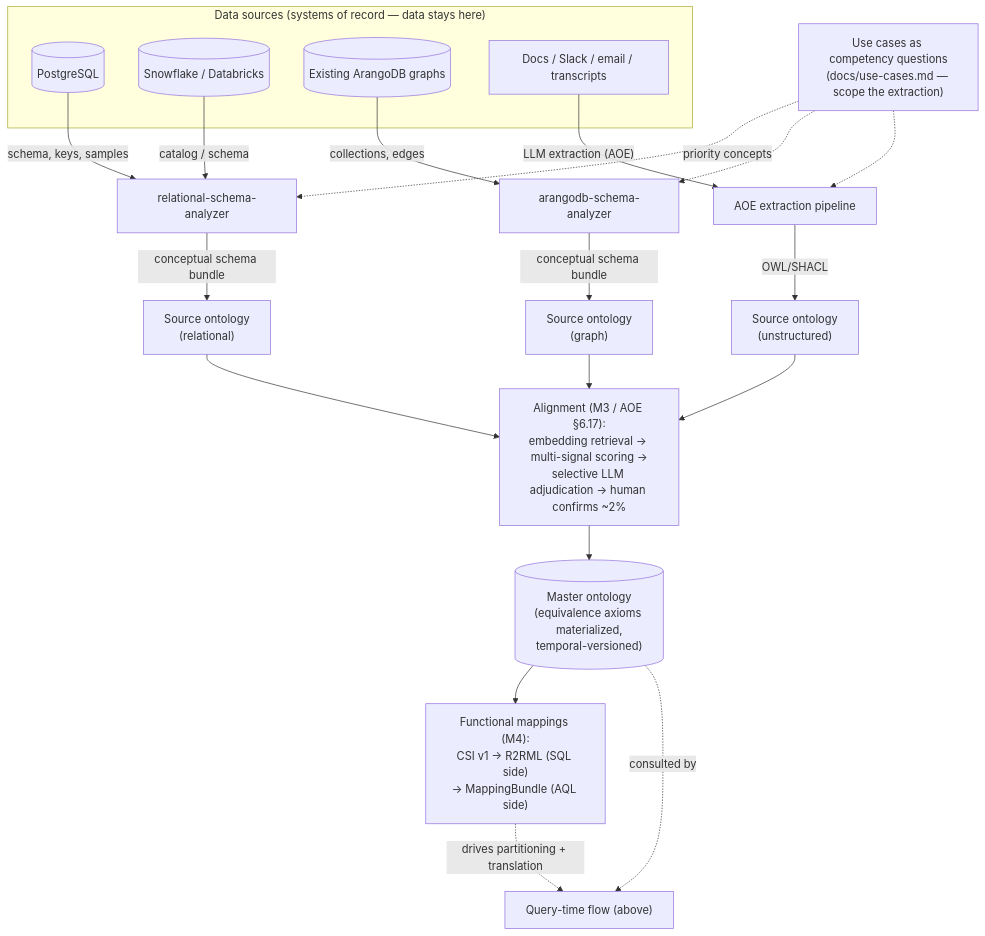
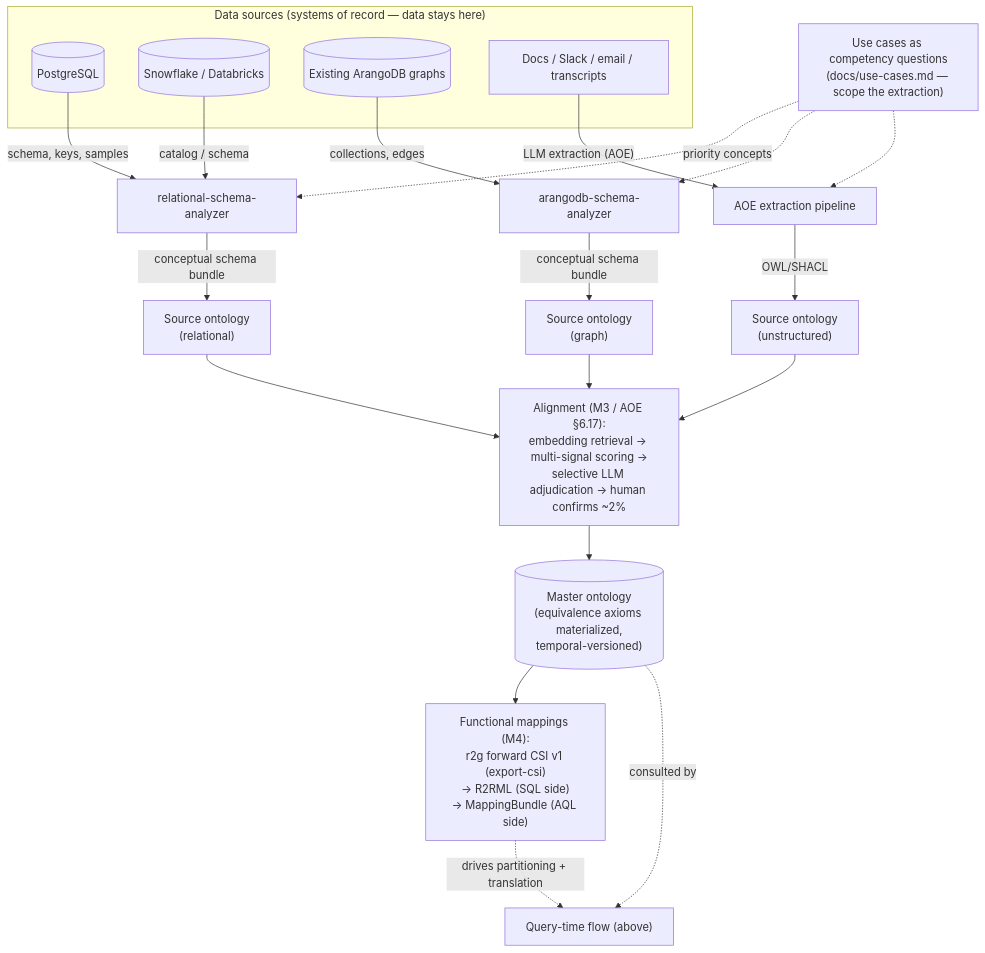
One commit to ArthurKeen/contextual-data-fabric changed the second of 2 diagrams in README.md. Above: the diagram before and after it, drawn with Mermaid. The commit also changed other lines of this file and 2 other files, not shown here.

First line of the commit message:
docs: r2g as forward CSI v1 / R2RML producer; ClickHouse native leg; P6.7 join key

````diff
--- a/README.md
+++ b/README.md
@@ -163,34 +166,34 @@
 ```mermaid
 flowchart TB
     subgraph SRC["Data sources (systems of record — data stays here)"]
         PG[("PostgreSQL")]
         SNOW[("Snowflake / Databricks")]
         AG[("Existing ArangoDB graphs")]
         DOCS["Docs / Slack / email / transcripts"]
     end
 
     CQ["Use cases as competency questions<br/>(docs/use-cases.md — scope the extraction)"]
 
     PG -->|"schema, keys, samples"| RSA["relational-schema-analyzer"]
     SNOW -->|"catalog / schema"| RSA
     AG -->|"collections, edges"| ASA["arangodb-schema-analyzer"]
     DOCS -->|"LLM extraction (AOE)"| AOEX["AOE extraction pipeline"]
 
     CQ -.->|"priority concepts"| RSA
     CQ -.-> ASA
     CQ -.-> AOEX
 
     RSA -->|"conceptual schema bundle"| O1["Source ontology<br/>(relational)"]
     ASA -->|"conceptual schema bundle"| O2["Source ontology<br/>(graph)"]
     AOEX -->|"OWL/SHACL"| O3["Source ontology<br/>(unstructured)"]
 
     O1 --> AL
     O2 --> AL
     O3 --> AL["Alignment (M3 / AOE §6.17):<br/>embedding retrieval → multi-signal scoring →<br/>selective LLM adjudication → human confirms ~2%"]
 
     AL --> MO[("Master ontology<br/>(equivalence axioms materialized,<br/>temporal-versioned)")]
-    MO --> MAP["Functional mappings (M4):<br/>CSI v1 → R2RML (SQL side)<br/>→ MappingBundle (AQL side)"]
+    MO --> MAP["Functional mappings (M4):<br/>r2g forward CSI v1 (export-csi)<br/>→ R2RML (SQL side)<br/>→ MappingBundle (AQL side)"]
 
     MO -.->|"consulted by"| QT["Query-time flow (above)"]
     MAP -.->|"drives partitioning + translation"| QT
 ```
````
